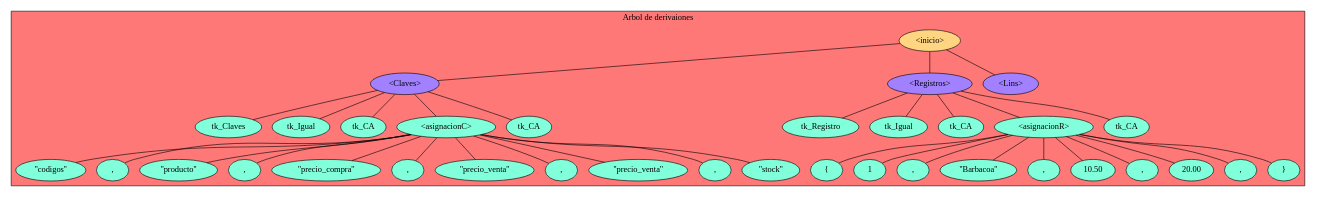
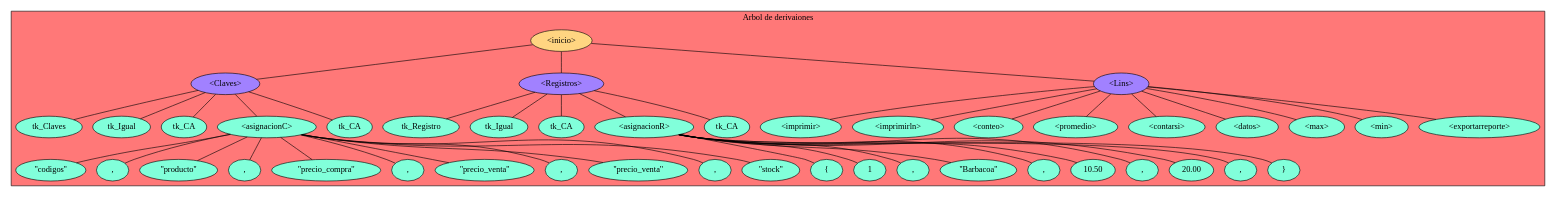
One commit to SergieArizandieta/LFP_Proyecto2_202000119 changed the diagram in Diagramas/Pantilla.dot. Above: the diagram before and after it, drawn with Graphviz. The commit also changed 6 other files, not shown here.

```diff
--- a/Diagramas/Pantilla.dot
+++ b/Diagramas/Pantilla.dot
@@ -1,97 +1,116 @@
 
 graph L{
 node[shape=oval fillcolor="#A181FF" style =filled]
 
 subgraph cluster_p{
 label= " Arbol de derivaiones "
 bgcolor = "#FF7878"
 raiz[label = "<inicio>" fillcolor="#FFD581" ]
 
 
 Columna1[label="<Claves>"];
 Columna2[label="<Registros>"];
 Columna3[label="<Lins>"];
 
 raiz--Columna1;
 raiz--Columna2;
 raiz--Columna3;
 
 nodo1_1_1[label="tk_Claves",fillcolor="#81FFDA"]
 nodo1_2_1[label="tk_Igual",fillcolor="#81FFDA"]
 nodo1_3_1[label="tk_CA",fillcolor="#81FFDA"]
+nodo1_4_1[label="<asignacionC>",fillcolor="#81FFDA"]
+nodo1_5_1[label="tk_CA",fillcolor="#81FFDA"]
 
-nodo1_4_1[label="<asignacionC>",fillcolor="#81FFDA"]
+Columna1--nodo1_1_1;
+Columna1--nodo1_2_1;
+Columna1--nodo1_3_1;
+Columna1--nodo1_4_1;
+Columna1--nodo1_5_1;
+
 nodo1_4_2[label="''codigos'' ",fillcolor="#81FFDA"]
 nodo1_4_3[label=", ",fillcolor="#81FFDA"]
 nodo1_4_4[label="''producto'' ",fillcolor="#81FFDA"]
 nodo1_4_5[label=", ",fillcolor="#81FFDA"]
 nodo1_4_6[label="''precio_compra'' ",fillcolor="#81FFDA"]
 nodo1_4_7[label=", ",fillcolor="#81FFDA"]
 nodo1_4_8[label="''precio_venta'' ",fillcolor="#81FFDA"]
 nodo1_4_9[label=", ",fillcolor="#81FFDA"]
 nodo1_4_10[label="''precio_venta'' ",fillcolor="#81FFDA"]
 nodo1_4_11[label=", ",fillcolor="#81FFDA"]
 nodo1_4_12[label="''stock'' ",fillcolor="#81FFDA"]
-
-nodo1_5_1[label="tk_CA",fillcolor="#81FFDA"]
-
-Columna1--nodo1_1_1;
-Columna1--nodo1_2_1;
-Columna1--nodo1_3_1;
-Columna1--nodo1_4_1;
 
 nodo1_4_1--nodo1_4_2
 nodo1_4_1--nodo1_4_3
 nodo1_4_1--nodo1_4_4
 nodo1_4_1--nodo1_4_5
 nodo1_4_1--nodo1_4_6
 nodo1_4_1--nodo1_4_7
 nodo1_4_1--nodo1_4_8
 nodo1_4_1--nodo1_4_9
 nodo1_4_1--nodo1_4_10
 nodo1_4_1--nodo1_4_11
 nodo1_4_1--nodo1_4_12
 
 
-Columna1--nodo1_5_1;
-
-
 nodo2_1_1[label="tk_Registro",fillcolor="#81FFDA"]
 nodo2_2_1[label="tk_Igual",fillcolor="#81FFDA"]
 nodo2_3_1[label="tk_CA",fillcolor="#81FFDA"]
+nodo2_4_1[label="<asignacionR>",fillcolor="#81FFDA"]
+nodo2_5_1[label="tk_CA",fillcolor="#81FFDA"]
 
-nodo2_4_1[label="<asignacionR>",fillcolor="#81FFDA"]
+
+Columna2--nodo2_1_1;
+Columna2--nodo2_2_1;
+Columna2--nodo2_3_1;
+Columna2--nodo2_4_1;
+Columna2--nodo2_5_1;
+
 nodo2_4_2[label="{",fillcolor="#81FFDA"]
 nodo2_4_3[label="1",fillcolor="#81FFDA"]
 nodo2_4_4[label=",",fillcolor="#81FFDA"]
 nodo2_4_5[label="''Barbacoa''",fillcolor="#81FFDA"]
 nodo2_4_6[label=",",fillcolor="#81FFDA"]
 nodo2_4_7[label="10.50",fillcolor="#81FFDA"]
 nodo2_4_8[label=",",fillcolor="#81FFDA"]
 nodo2_4_9[label="20.00",fillcolor="#81FFDA"]
 nodo2_4_10[label=",",fillcolor="#81FFDA"]
 nodo2_4_11[label="6",fillcolor="#81FFDA"]
 nodo2_4_11[label="}",fillcolor="#81FFDA"]
 
-Columna2--nodo2_1_1;
-Columna2--nodo2_2_1;
-Columna2--nodo2_3_1;
-Columna2--nodo2_4_1;
 
-nodo2_5_1[label="tk_CA",fillcolor="#81FFDA"]
+
+
 nodo2_4_1--nodo2_4_2
 nodo2_4_1--nodo2_4_3
 nodo2_4_1--nodo2_4_4
 nodo2_4_1--nodo2_4_5
 nodo2_4_1--nodo2_4_6
 nodo2_4_1--nodo2_4_7
 nodo2_4_1--nodo2_4_8
 nodo2_4_1--nodo2_4_9
 nodo2_4_1--nodo2_4_10
 nodo2_4_1--nodo2_4_11
 
 
-Columna2--nodo2_5_1;
+nodo3_1_1[label="<imprimir>",fillcolor="#81FFDA"]
+nodo3_2_1[label="<imprimirln>",fillcolor="#81FFDA"]
+nodo3_3_1[label="<conteo>",fillcolor="#81FFDA"]
+nodo3_4_1[label="<promedio>",fillcolor="#81FFDA"]
+nodo3_5_1[label="<contarsi>",fillcolor="#81FFDA"]
+nodo3_6_1[label="<datos>",fillcolor="#81FFDA"]
+nodo3_7_1[label="<max>",fillcolor="#81FFDA"]
+nodo3_8_1[label="<min>",fillcolor="#81FFDA"]
+nodo3_9_1[label="<exportarreporte>",fillcolor="#81FFDA"]
+Columna3--nodo3_1_1
+Columna3--nodo3_2_1
+Columna3--nodo3_3_1
+Columna3--nodo3_4_1
+Columna3--nodo3_5_1
+Columna3--nodo3_6_1
+Columna3--nodo3_7_1
+Columna3--nodo3_8_1
+Columna3--nodo3_9_1
 
 
 } }
```
